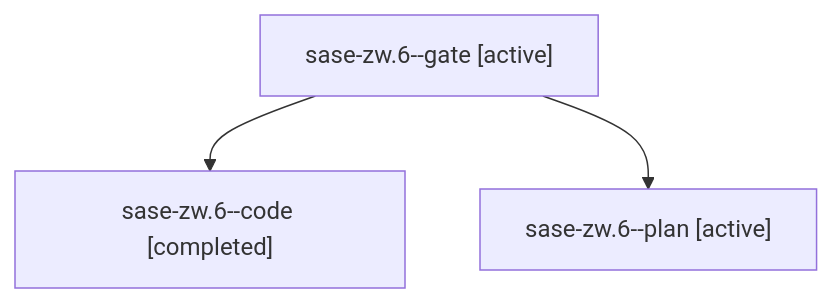
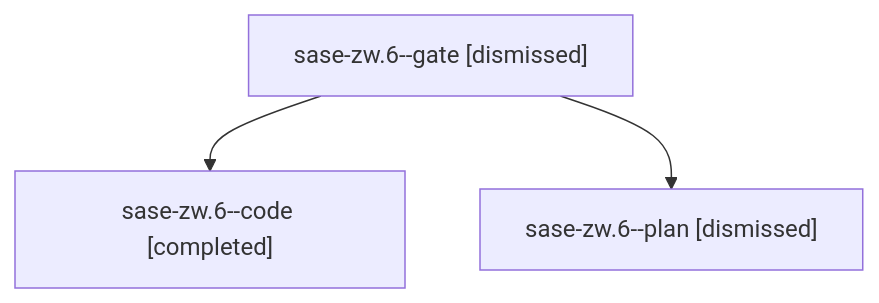
One commit to sase-org/sase--agents changed the diagram in sessions/bbugyi200.athena.sase-zw.6.md. Above: the diagram before and after it, drawn with Mermaid. The commit also changed other lines of this file and 122 other files, not shown here.

````diff
--- a/sessions/bbugyi200.athena.sase-zw.6.md
+++ b/sessions/bbugyi200.athena.sase-zw.6.md
@@ -9,8 +9,8 @@
 ```mermaid
 flowchart TD
-  n0["sase-zw.6--gate [active]"]
+  n0["sase-zw.6--gate [dismissed]"]
   n1["sase-zw.6--code [completed]"]
   n0 --> n1
-  n2["sase-zw.6--plan [active]"]
+  n2["sase-zw.6--plan [dismissed]"]
   n0 --> n2
 ```
````
